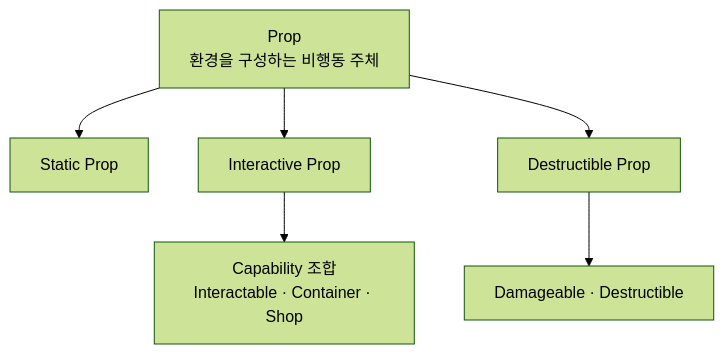
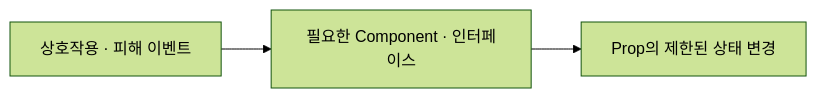
Before and after one commit to liang2papa/Astra_Docs: the diagram in Wiki/03_시스템 설계/객체 설계/Prop.md, drawn with Mermaid (forest theme). The commit also changed other lines of this file and 137 other files, not shown here.

````diff
--- a/Wiki/03_시스템 설계/객체 설계/Prop.md
+++ b/Wiki/03_시스템 설계/객체 설계/Prop.md
@@ -3,8 +5,5 @@
 ```mermaid
-flowchart TD
-    Prop["Prop<br/>환경을 구성하는 비행동 주체"] --> Static["Static Prop"]
-    Prop --> Interactive["Interactive Prop"]
-    Prop --> Destructible["Destructible Prop"]
-    Interactive --> Capability["Capability 조합<br/>Interactable · Container · Shop"]
-    Destructible --> Damage["Damageable · Destructible"]
+flowchart LR
+    Event["상호작용 · 피해 이벤트"] --> Capability["필요한 Component · 인터페이스"]
+    Capability --> State["Prop의 제한된 상태 변경"]
 ```
````
